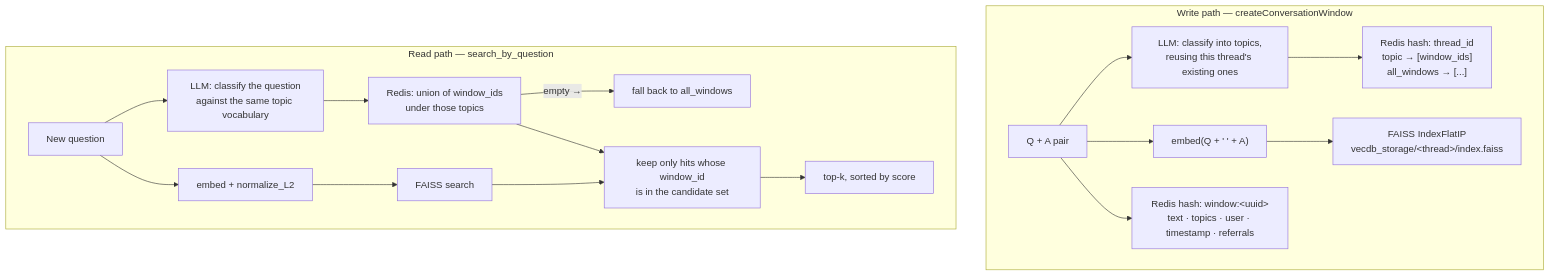
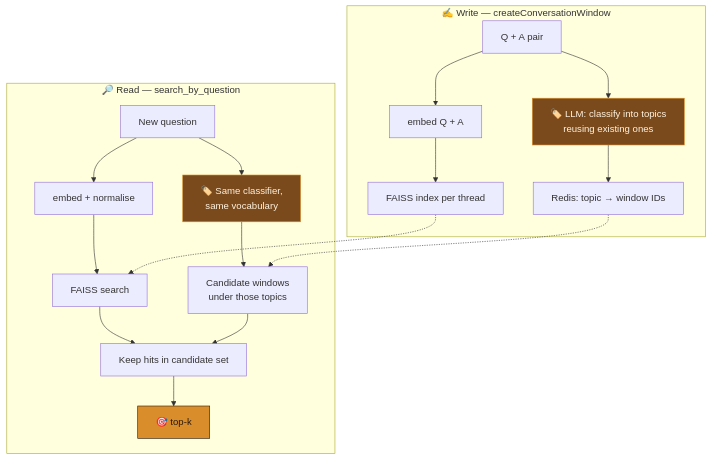
One commit to Vishal-AS-0407/portfolio changed the diagram in gh-readmes/Memora/README.md. Above: the diagram before and after it, drawn with Mermaid. The commit also changed other lines of this file and 62 other files, not shown here.

````diff
--- a/gh-readmes/Memora/README.md
+++ b/gh-readmes/Memora/README.md
@@ -45,21 +85,23 @@
 ```mermaid
-flowchart TB
-    subgraph WRITE["Write path — createConversationWindow"]
-        Q["Q + A pair"] --> T["LLM: classify into topics,<br/>reusing this thread's existing ones"]
-        T --> RH["Redis hash: thread_id<br/>topic → [window_ids]<br/>all_windows → [...]"]
-        Q --> E["embed(Q + ' ' + A)"]
-        E --> FA["FAISS IndexFlatIP<br/>vecdb_storage/&lt;thread&gt;/index.faiss"]
-        Q --> RW["Redis hash: window:&lt;uuid&gt;<br/>text · topics · user · timestamp · referrals"]
+flowchart TD
+    subgraph WRITE["✍️ Write — createConversationWindow"]
+        Q["Q + A pair"] --> T["🏷️ LLM: classify into topics<br/>reusing existing ones"]
+        T --> RH["Redis: topic → window IDs"]
+        Q --> E["embed Q + A"]
+        E --> FA["FAISS index per thread"]
     end
-
-    subgraph READ["Read path — search_by_question"]
-        NQ["New question"] --> NT["LLM: classify the question<br/>against the same topic vocabulary"]
-        NT --> CAND["Redis: union of window_ids<br/>under those topics"]
-        CAND -->|"empty →"| ALL["fall back to all_windows"]
-        NQ --> NE["embed + normalize_L2"]
+    subgraph READ["🔎 Read — search_by_question"]
+        NQ["New question"] --> NT["🏷️ Same classifier,<br/>same vocabulary"]
+        NT --> CAND["Candidate windows<br/>under those topics"]
+        NQ --> NE["embed + normalise"]
         NE --> SR["FAISS search"]
-        SR --> FIL["keep only hits whose window_id<br/>is in the candidate set"]
+        SR --> FIL["Keep hits in candidate set"]
         CAND --> FIL
-        FIL --> OUT["top-k, sorted by score"]
+        FIL --> OUT["🎯 top-k"]
     end
+    RH -.-> CAND
+    FA -.-> SR
+    style T fill:#7A4A1C,stroke:#D98E2B,color:#FFF3E0
+    style NT fill:#7A4A1C,stroke:#D98E2B,color:#FFF3E0
+    style OUT fill:#D98E2B,stroke:#2A1A0E,color:#2A1A0E
 ```
````
